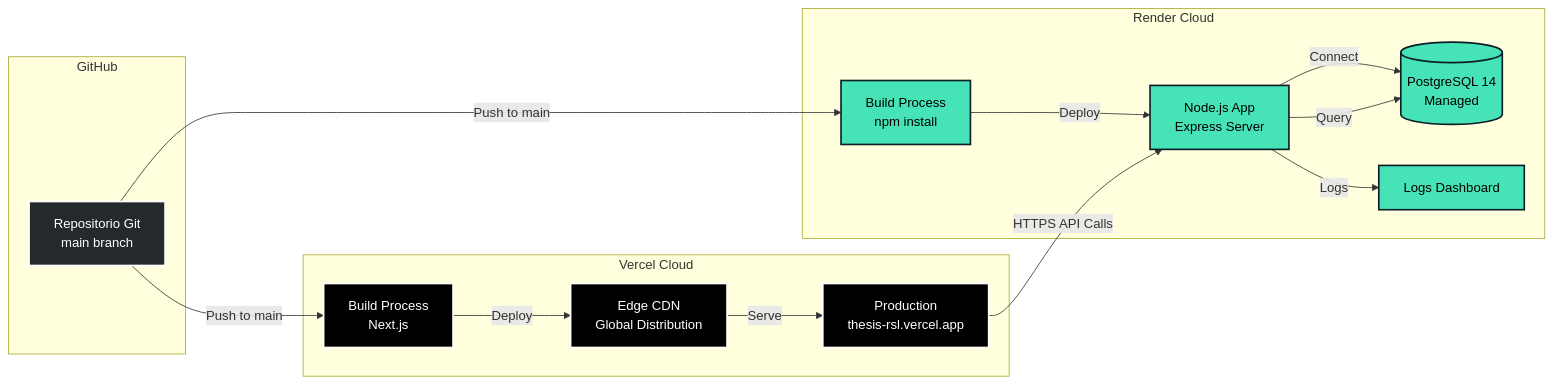
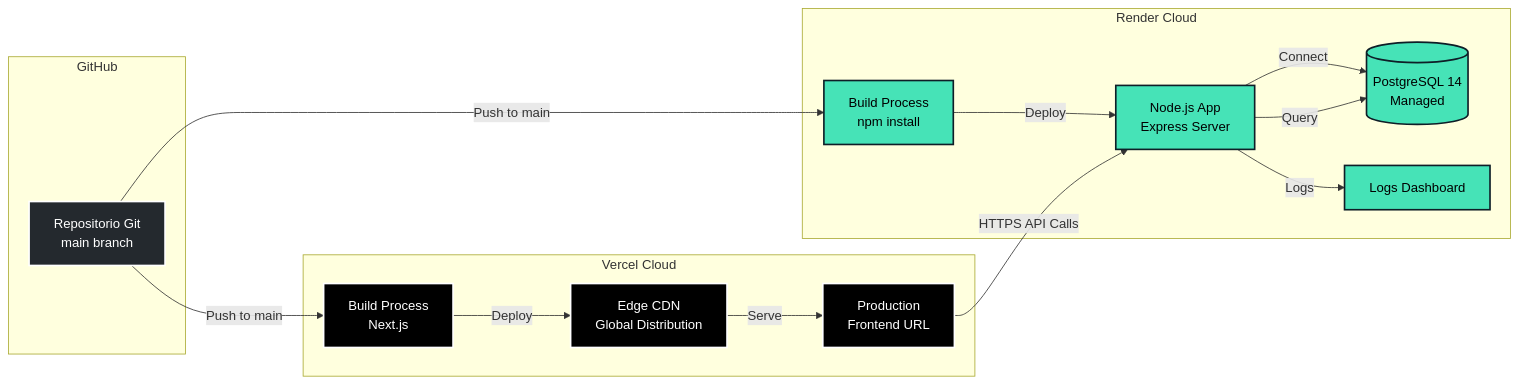
One commit to Stefanny26/Tesis_RSL changed the third of 3 diagrams in docs/ARQUITECTURA-SISTEMA.md. Above: the diagram before and after it, drawn with Mermaid. The commit also changed other lines of this file and 9 other files, not shown here.

````diff
--- a/docs/ARQUITECTURA-SISTEMA.md
+++ b/docs/ARQUITECTURA-SISTEMA.md
@@ -758,42 +762,42 @@
 ```mermaid
 graph LR
     subgraph "GitHub"
         REPO[Repositorio Git<br/>main branch]
     end
 
     subgraph "Vercel Cloud"
         VERCEL_BUILD[Build Process<br/>Next.js]
         VERCEL_CDN[Edge CDN<br/>Global Distribution]
-        VERCEL_PROD[Production<br/>thesis-rsl.vercel.app]
+        VERCEL_PROD[Production<br/>Frontend URL]
     end
 
     subgraph "Render Cloud"
         RENDER_BUILD[Build Process<br/>npm install]
         RENDER_DB[(PostgreSQL 14<br/>Managed)]
         RENDER_APP[Node.js App<br/>Express Server]
         RENDER_LOGS[Logs Dashboard]
     end
 
     %% Flujo de deployment Frontend
     REPO -->|Push to main| VERCEL_BUILD
     VERCEL_BUILD -->|Deploy| VERCEL_CDN
     VERCEL_CDN -->|Serve| VERCEL_PROD
 
     %% Flujo de deployment Backend
     REPO -->|Push to main| RENDER_BUILD
     RENDER_BUILD -->|Deploy| RENDER_APP
     RENDER_APP -->|Connect| RENDER_DB
     RENDER_APP -->|Logs| RENDER_LOGS
 
     %% Flujo runtime
     VERCEL_PROD -->|HTTPS API Calls| RENDER_APP
     RENDER_APP -->|Query| RENDER_DB
 
     classDef github fill:#24292e,stroke:#fff,stroke-width:2px,color:#fff
     classDef vercel fill:#000,stroke:#fff,stroke-width:2px,color:#fff
     classDef render fill:#46e3b7,stroke:#0e1e27,stroke-width:2px,color:#000
 
     class REPO github
     class VERCEL_BUILD,VERCEL_CDN,VERCEL_PROD vercel
     class RENDER_BUILD,RENDER_DB,RENDER_APP,RENDER_LOGS render
 ```
````
